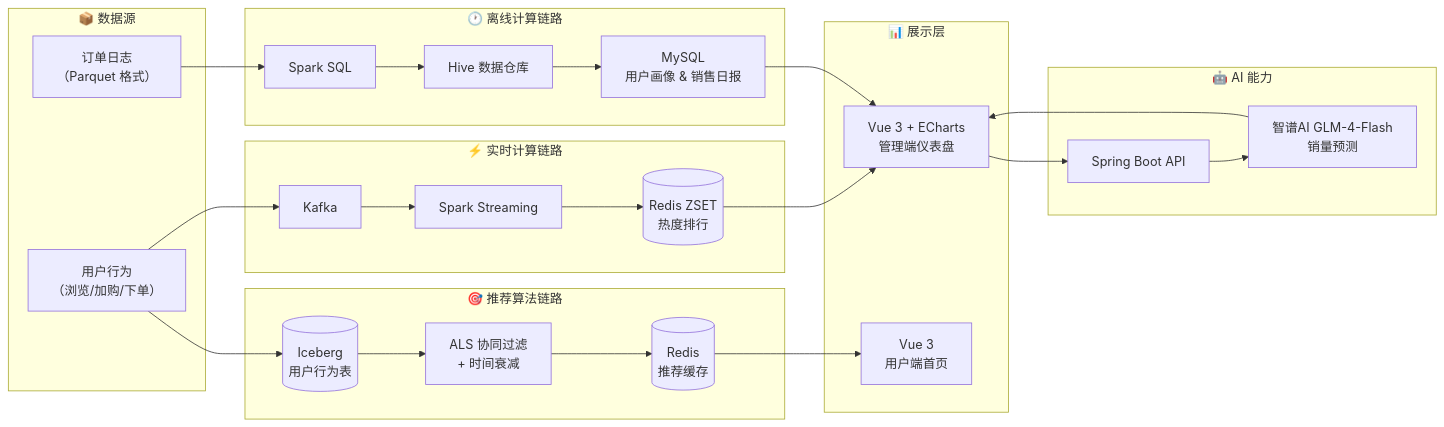
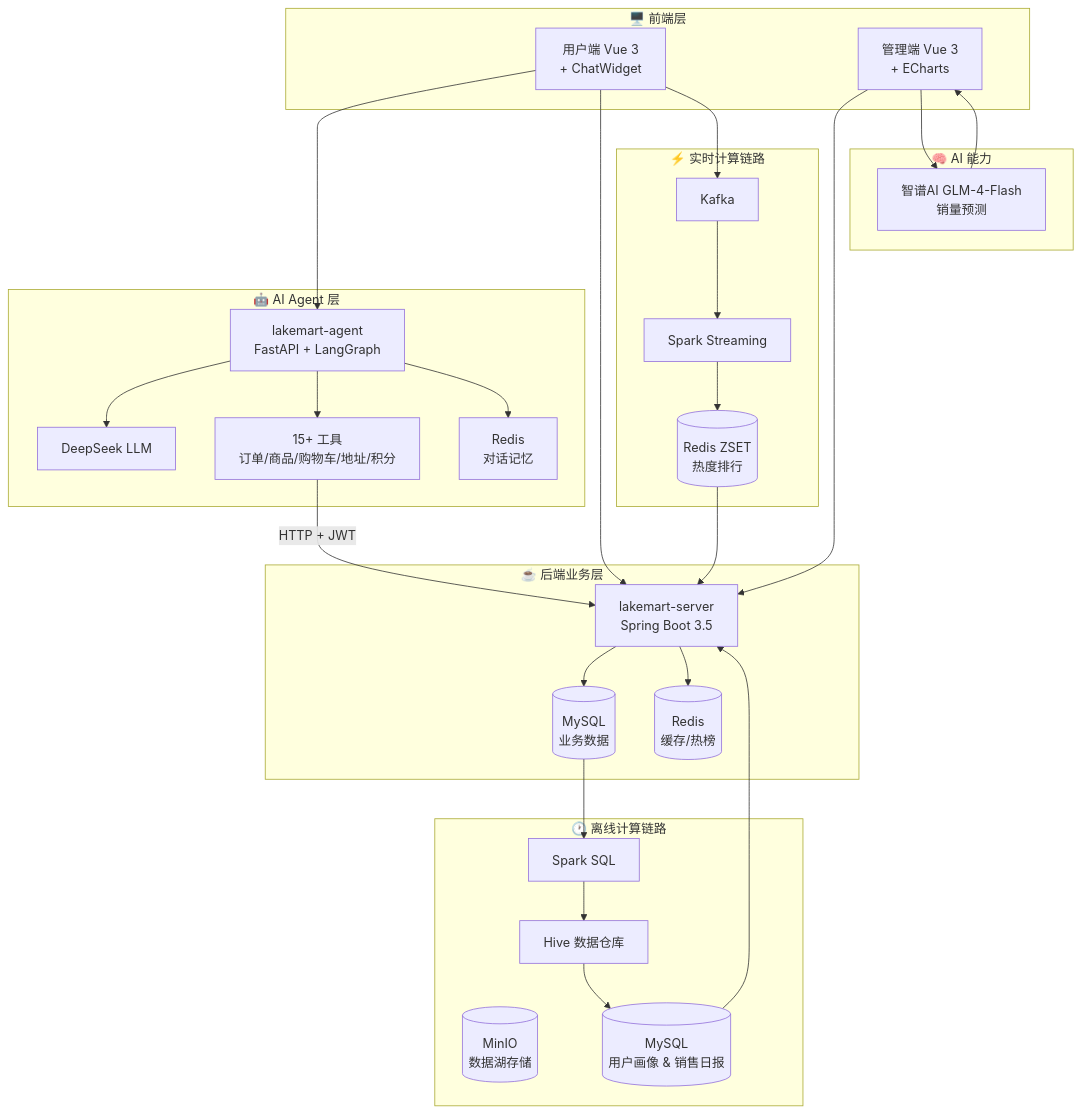
The first of 3 diagrams in README.md (sunkuizhi/LakeMart), drawn with Mermaid before and after one commit. The commit also changed other lines of this file and 47 other files, not shown here.

Commit message:
feat: 新增 AI 智能客服模块 (lakemart-agent) - 基于 LangGraph 1.2 + DeepSeek 构建 AI Agent，支持 15+ 业务工具，前端新增 ChatWidget 组件，Docker 一键部署

````diff
--- a/README.md
+++ b/README.md
@@ -43,54 +45,62 @@
 ```mermaid
-flowchart LR
-    subgraph 数据源["📦 数据源"]
-        User["用户行为<br/>（浏览/加购/下单）"]
-        Order["订单日志<br/>（Parquet 格式）"]
+flowchart TB
+    subgraph 前端["🖥️ 前端层"]
+        Client["用户端 Vue 3<br/>+ ChatWidget"]
+        Admin["管理端 Vue 3<br/>+ ECharts"]
     end
 
-    subgraph 推荐链路["🎯 推荐算法链路"]
-        Iceberg[(Iceberg<br/>用户行为表)]
-        ALS["ALS 协同过滤<br/>+ 时间衰减"]
-        Redis_Rec[(Redis<br/>推荐缓存)]
+    subgraph 智能客服["🤖 AI Agent 层"]
+        Agent["lakemart-agent<br/>FastAPI + LangGraph"]
+        LLM["DeepSeek LLM"]
+        Tools["15+ 工具<br/>订单/商品/购物车/地址/积分"]
+        Memory["Redis<br/>对话记忆"]
+    end
+
+    subgraph 后端["☕ 后端业务层"]
+        Server["lakemart-server<br/>Spring Boot 3.5"]
+        MySQL[(MySQL<br/>业务数据)]
+        Redis[(Redis<br/>缓存/热榜)]
     end
 
     subgraph 实时链路["⚡ 实时计算链路"]
         Kafka["Kafka"]
         SS["Spark Streaming"]
         Redis_Hot[(Redis ZSET<br/>热度排行)]
     end
 
     subgraph 离线链路["🕐 离线计算链路"]
         SparkSQL["Spark SQL"]
         Hive["Hive 数据仓库"]
-        MySQL_Profile["MySQL<br/>用户画像 & 销售日报"]
+        MinIO[(MinIO<br/>数据湖存储)]
+        MySQL_Profile[(MySQL<br/>用户画像 & 销售日报)]
     end
 
-    subgraph AI["🤖 AI 能力"]
-        API["Spring Boot API"]
+    subgraph AI["🧠 AI 能力"]
         Zhipu["智谱AI GLM-4-Flash<br/>销量预测"]
     end
 
-    subgraph 展示["📊 展示层"]
-        Dashboard["Vue 3 + ECharts<br/>管理端仪表盘"]
-        Client["Vue 3<br/>用户端首页"]
-    end
+    Client --> Agent
+    Client --> Server
+    Admin --> Server
 
-    User --> Kafka
+    Agent --> LLM
+    Agent --> Tools
+    Agent --> Memory
+    Tools -->|HTTP + JWT| Server
+
+    Server --> MySQL
+    Server --> Redis
+
+    Client --> Kafka
     Kafka --> SS
     SS --> Redis_Hot
-    Redis_Hot --> Dashboard
+    Redis_Hot --> Server
 
-    User --> Iceberg
-    Iceberg --> ALS
-    ALS --> Redis_Rec
-    Redis_Rec --> Client
-
-    Order --> SparkSQL
+    MySQL --> SparkSQL
     SparkSQL --> Hive
     Hive --> MySQL_Profile
-    MySQL_Profile --> Dashboard
+    MySQL_Profile --> Server
 
-    Dashboard --> API
-    API --> Zhipu
-    Zhipu --> Dashboard
+    Admin --> Zhipu
+    Zhipu --> Admin
 ```
````
